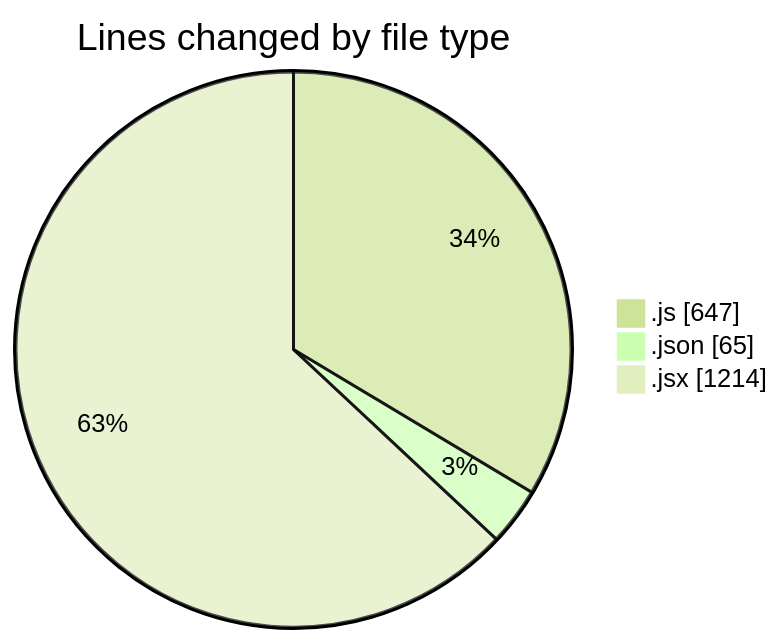
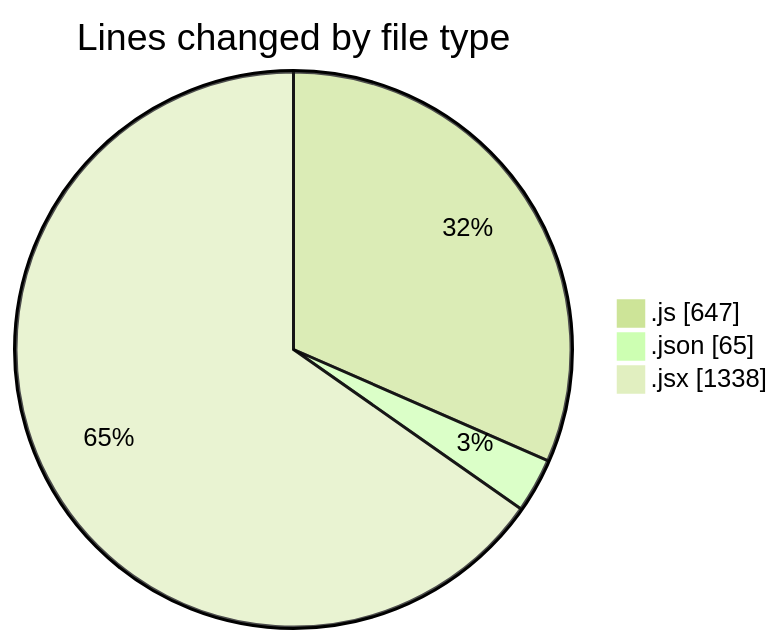
The first of 2 diagrams in 2026-01-14/nxtqube_webapp/README.md (nxtqubesakshisongat/code-tracking), drawn with Mermaid (forest theme) before and after one commit. The commit also changed other lines of this file and 1 other file, not shown here.

````diff
--- a/2026-01-14/nxtqube_webapp/README.md
+++ b/2026-01-14/nxtqube_webapp/README.md
@@ -23,7 +24,7 @@
 ```mermaid
 pie showData
 title Lines changed by file type
 ".js" : 647
 ".json" : 65
-".jsx" : 1214
+".jsx" : 1338
 ```
````
